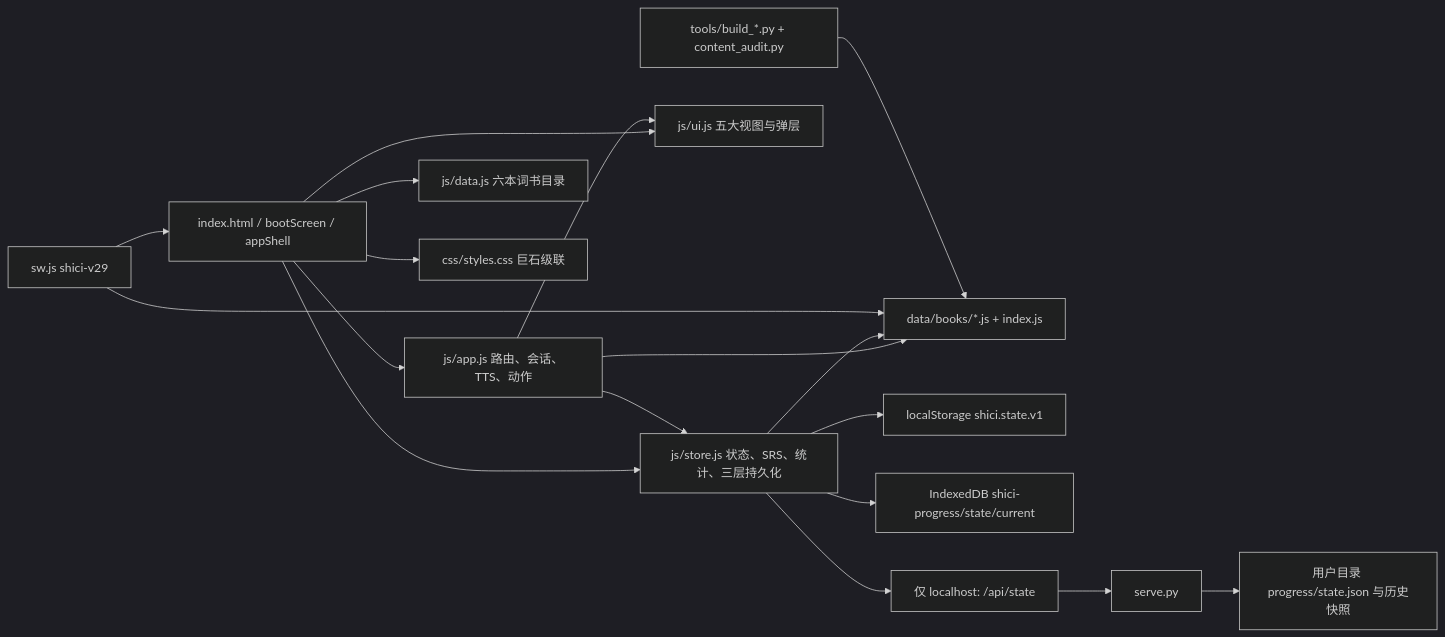
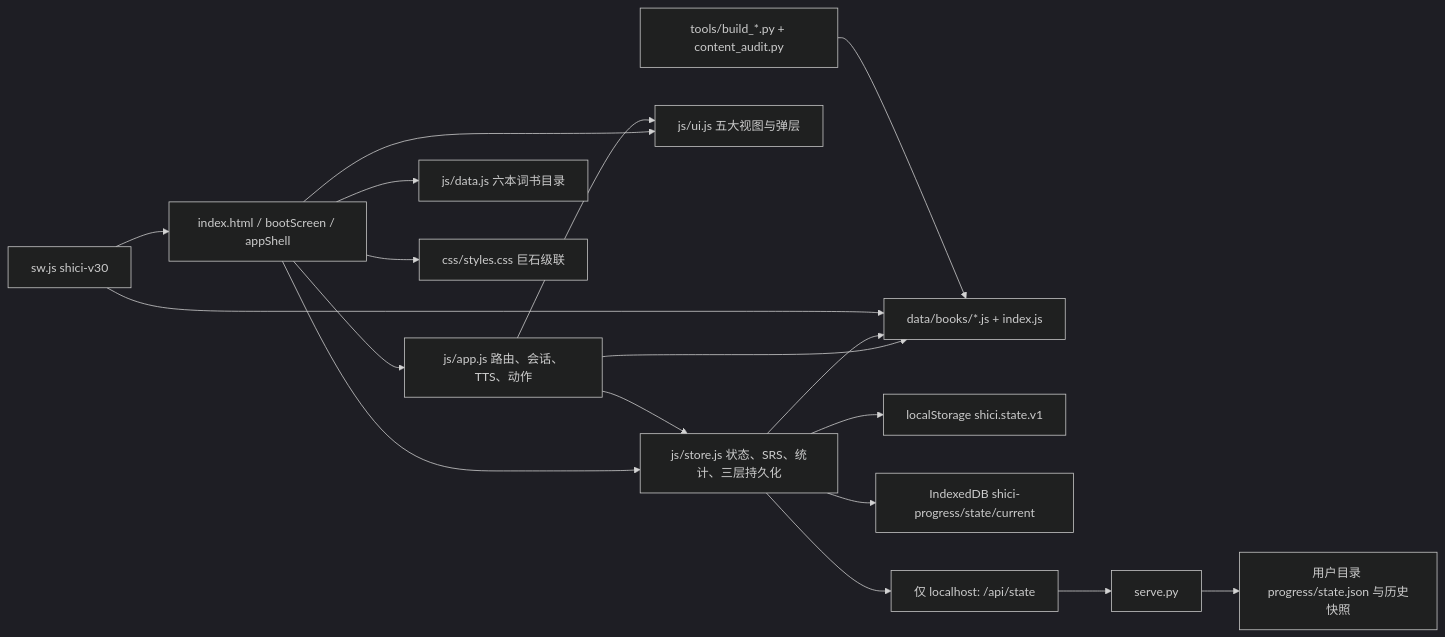
Before and after one commit to weijialiang2023/shici: the first of 7 diagrams in docs/system_design.md, drawn with Mermaid (dark theme). The commit also changed other lines of this file and 18 other files, not shown here.

````diff
--- a/docs/system_design.md
+++ b/docs/system_design.md
@@ -11,20 +11,20 @@
 ```mermaid
 flowchart LR
     H[index.html / bootScreen / appShell] --> A[js/app.js 路由、会话、TTS、动作]
     H --> S[js/store.js 状态、SRS、统计、三层持久化]
     H --> U[js/ui.js 五大视图与弹层]
     H --> D[js/data.js 六本词书目录]
     H --> CSS[css/styles.css 巨石级联]
     A --> S
     A --> U
     A --> B[data/books/*.js + index.js]
     S --> B
     S --> L[localStorage shici.state.v1]
     S --> I[IndexedDB shici-progress/state/current]
     S --> API[仅 localhost: /api/state]
     API --> PY[serve.py]
     PY --> P[用户目录 progress/state.json 与历史快照]
-    SW[sw.js shici-v29] --> H
+    SW[sw.js shici-v30] --> H
     SW --> B
     ETL[tools/build_*.py + content_audit.py] --> B
 ```
````
